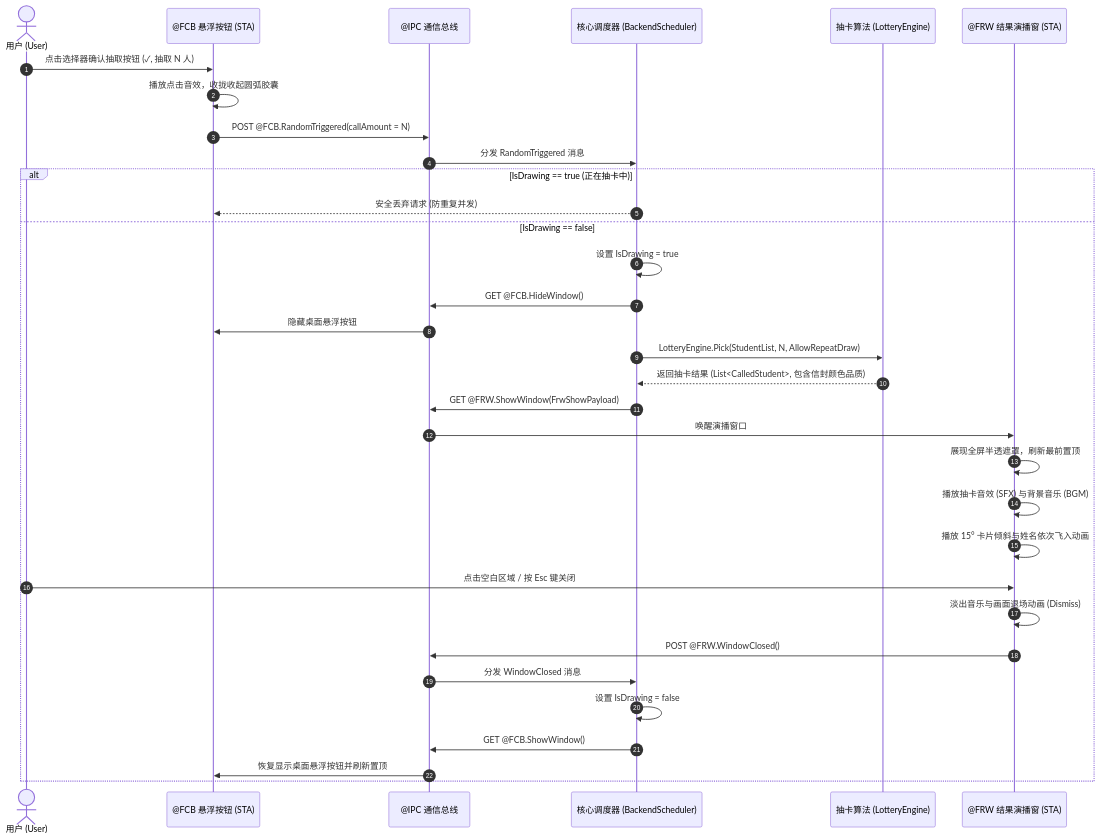
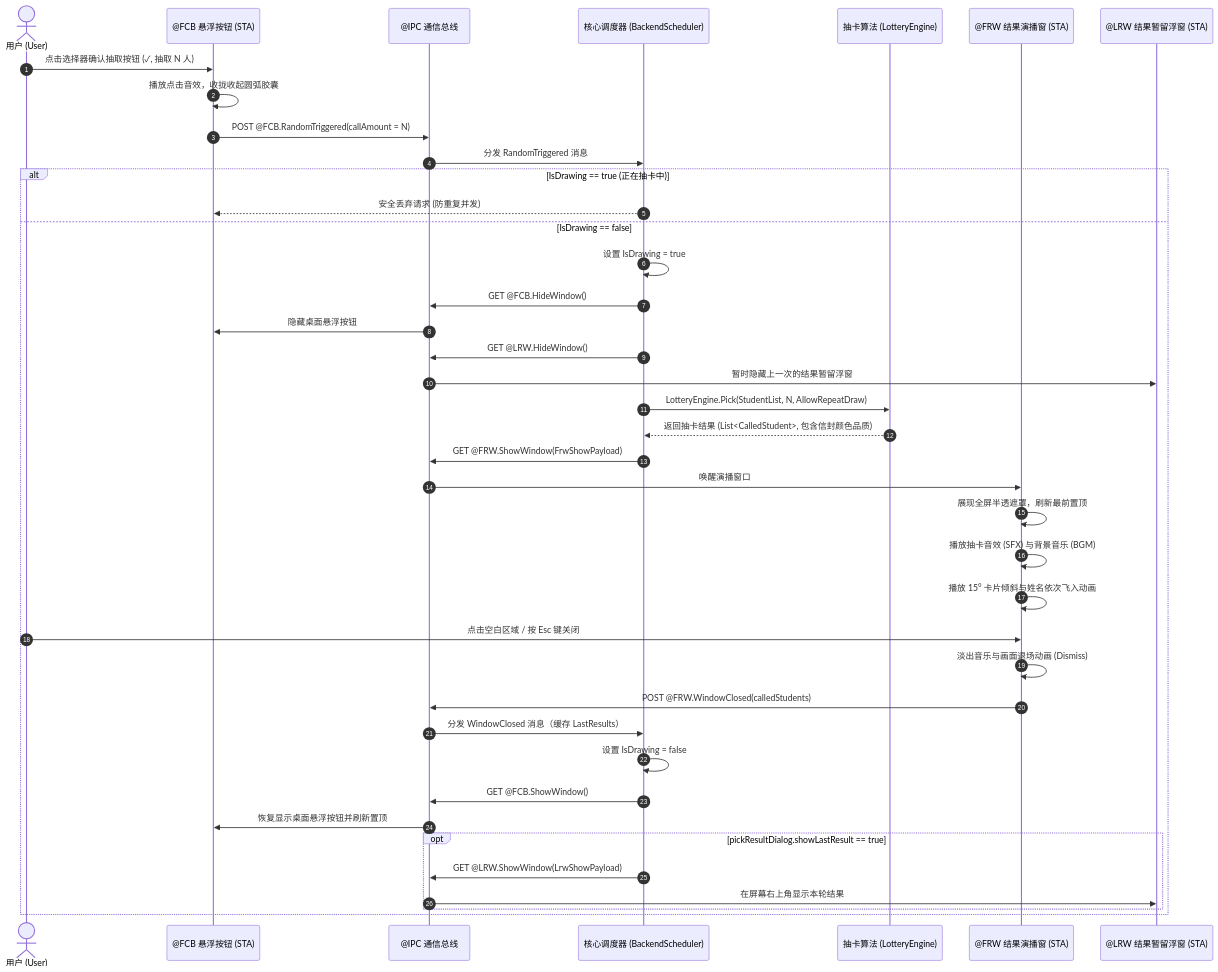
One commit to Yun-Hydrogen/blue-random changed the second of 5 diagrams in docs/ipc.md. Above: the diagram before and after it, drawn with Mermaid. The commit also changed other lines of this file and 30 other files, not shown here.

````diff
--- a/docs/ipc.md
+++ b/docs/ipc.md
@@ -364,41 +377,49 @@
 ```mermaid
 sequenceDiagram
     autonumber
     actor User as 用户 (User)
     participant FCB as @FCB 悬浮按钮 (STA)
     participant Bus as @IPC 通信总线
     participant Scheduler as 核心调度器 (BackendScheduler)
     participant Engine as 抽卡算法 (LotteryEngine)
     participant FRW as @FRW 结果演播窗 (STA)
+    participant LRW as @LRW 结果暂留浮窗 (STA)
 
     User->>FCB: 点击选择器确认抽取按钮 (✓, 抽取 N 人)
     FCB->>FCB: 播放点击音效，收拢收起圆弧胶囊
     FCB->>Bus: POST @FCB.RandomTriggered(callAmount = N)
     Bus->>Scheduler: 分发 RandomTriggered 消息
 
     alt IsDrawing == true (正在抽卡中)
         Scheduler-->>FCB: 安全丢弃请求 (防重复并发)
     else IsDrawing == false
         Scheduler->>Scheduler: 设置 IsDrawing = true
         Scheduler->>Bus: GET @FCB.HideWindow()
         Bus->>FCB: 隐藏桌面悬浮按钮
+        Scheduler->>Bus: GET @LRW.HideWindow()
+        Bus->>LRW: 暂时隐藏上一次的结果暂留浮窗
 
         Scheduler->>Engine: LotteryEngine.Pick(StudentList, N, AllowRepeatDraw)
         Engine-->>Scheduler: 返回抽卡结果 (List<CalledStudent>, 包含信封颜色品质)
 
         Scheduler->>Bus: GET @FRW.ShowWindow(FrwShowPayload)
         Bus->>FRW: 唤醒演播窗口
         FRW->>FRW: 展现全屏半透遮罩，刷新最前置顶
         FRW->>FRW: 播放抽卡音效 (SFX) 与背景音乐 (BGM)
         FRW->>FRW: 播放 15° 卡片倾斜与姓名依次飞入动画
 
         User->>FRW: 点击空白区域 / 按 Esc 键关闭
         FRW->>FRW: 淡出音乐与画面退场动画 (Dismiss)
-        FRW->>Bus: POST @FRW.WindowClosed()
-        Bus->>Scheduler: 分发 WindowClosed 消息
+        FRW->>Bus: POST @FRW.WindowClosed(calledStudents)
+        Bus->>Scheduler: 分发 WindowClosed 消息（缓存 LastResults）
 
         Scheduler->>Scheduler: 设置 IsDrawing = false
         Scheduler->>Bus: GET @FCB.ShowWindow()
         Bus->>FCB: 恢复显示桌面悬浮按钮并刷新置顶
+
+        opt pickResultDialog.showLastResult == true
+            Scheduler->>Bus: GET @LRW.ShowWindow(LrwShowPayload)
+            Bus->>LRW: 在屏幕右上角显示本轮结果
+        end
     end
 ```
````
